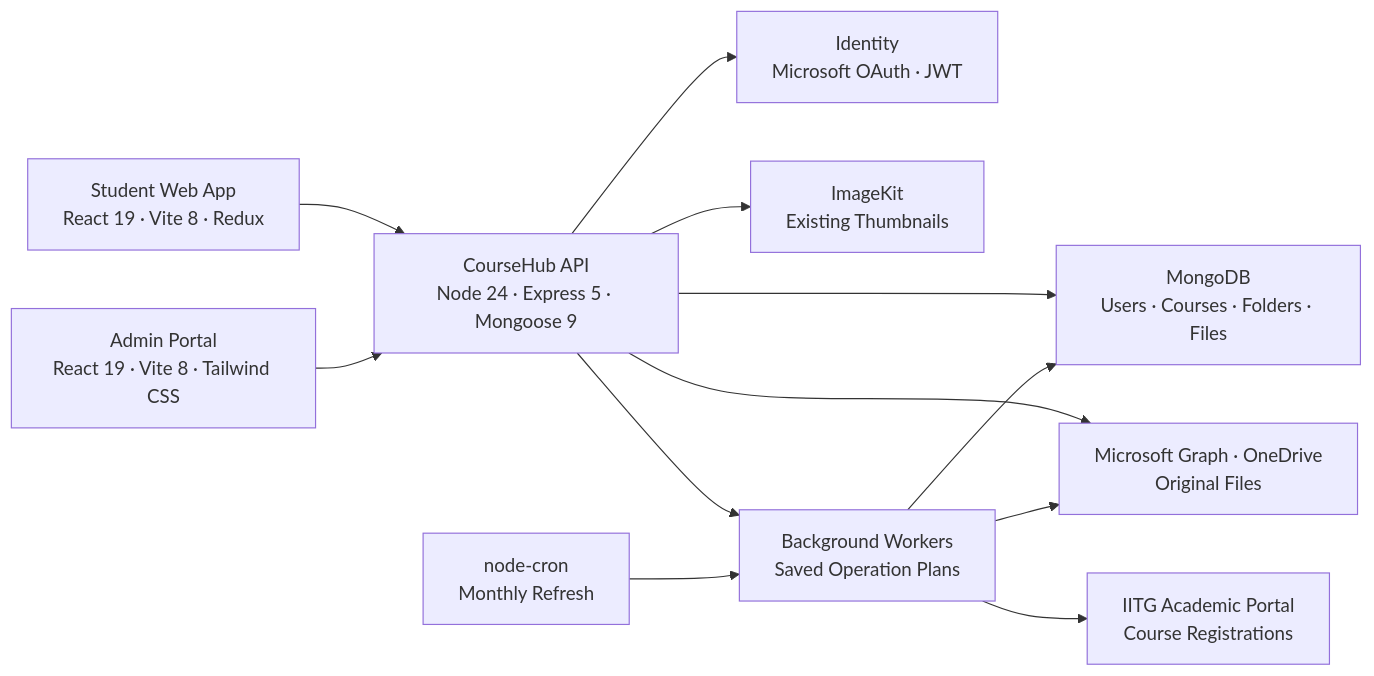
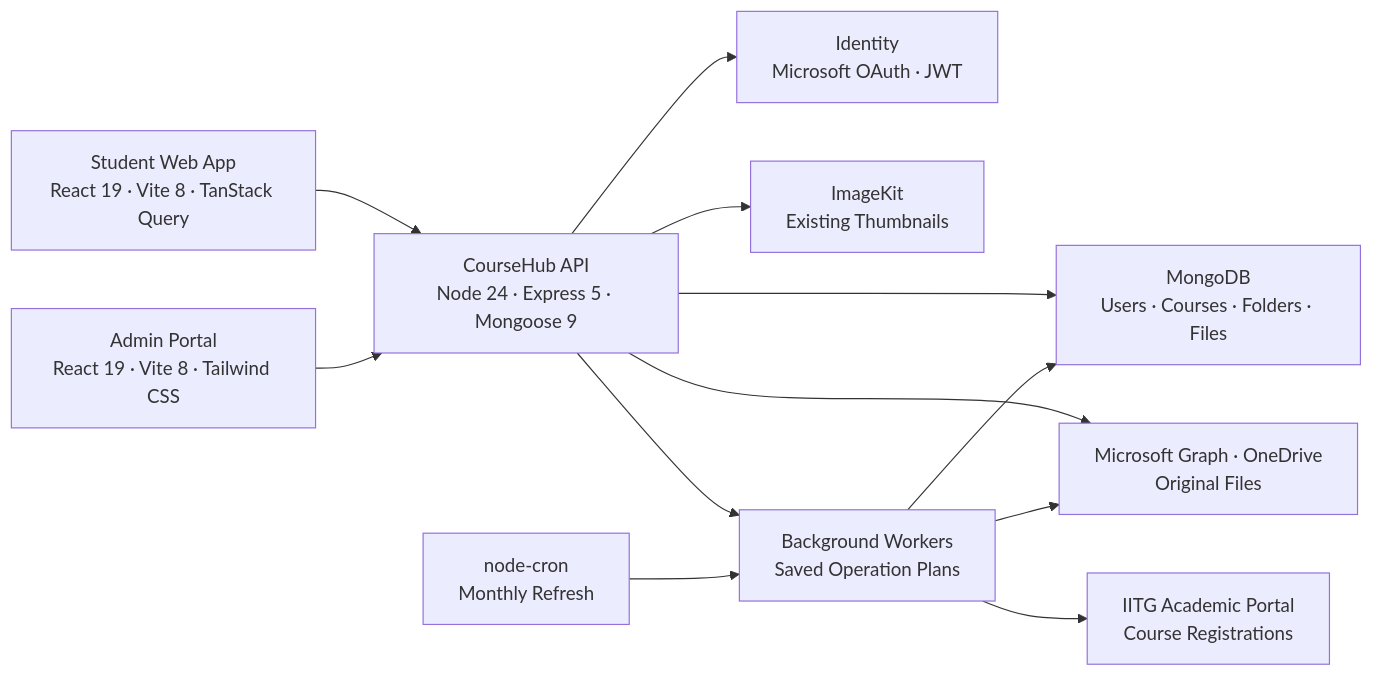
Before and after one commit to Coding-Club-IITG/CourseHub: the diagram in README.md, drawn with Mermaid. The commit also changed other lines of this file and 90 other files, not shown here.

````diff
--- a/README.md
+++ b/README.md
@@ -119,25 +119,25 @@
 ```mermaid
 graph LR
-    Student["Student Web App<br/>React 19 · Vite 8 · Redux"]
+    Student["Student Web App<br/>React 19 · Vite 8 · TanStack Query"]
     Admin["Admin Portal<br/>React 19 · Vite 8 · Tailwind CSS"]
     API["CourseHub API<br/>Node 24 · Express 5 · Mongoose 9"]
     Auth["Identity<br/>Microsoft OAuth · JWT"]
     DB["MongoDB<br/>Users · Courses · Folders · Files"]
     Storage["Microsoft Graph · OneDrive<br/>Original Files"]
     Media["ImageKit<br/>Existing Thumbnails"]
     Jobs["Background Workers<br/>Saved Operation Plans"]
     Academic["IITG Academic Portal<br/>Course Registrations"]
     Schedule["node-cron<br/>Monthly Refresh"]
 
     Student --> API
     Admin --> API
     API --> Auth
     API --> DB
     API --> Storage
     API --> Media
     API --> Jobs
     Schedule --> Jobs
     Jobs --> DB
     Jobs --> Storage
     Jobs --> Academic
 ```
````
